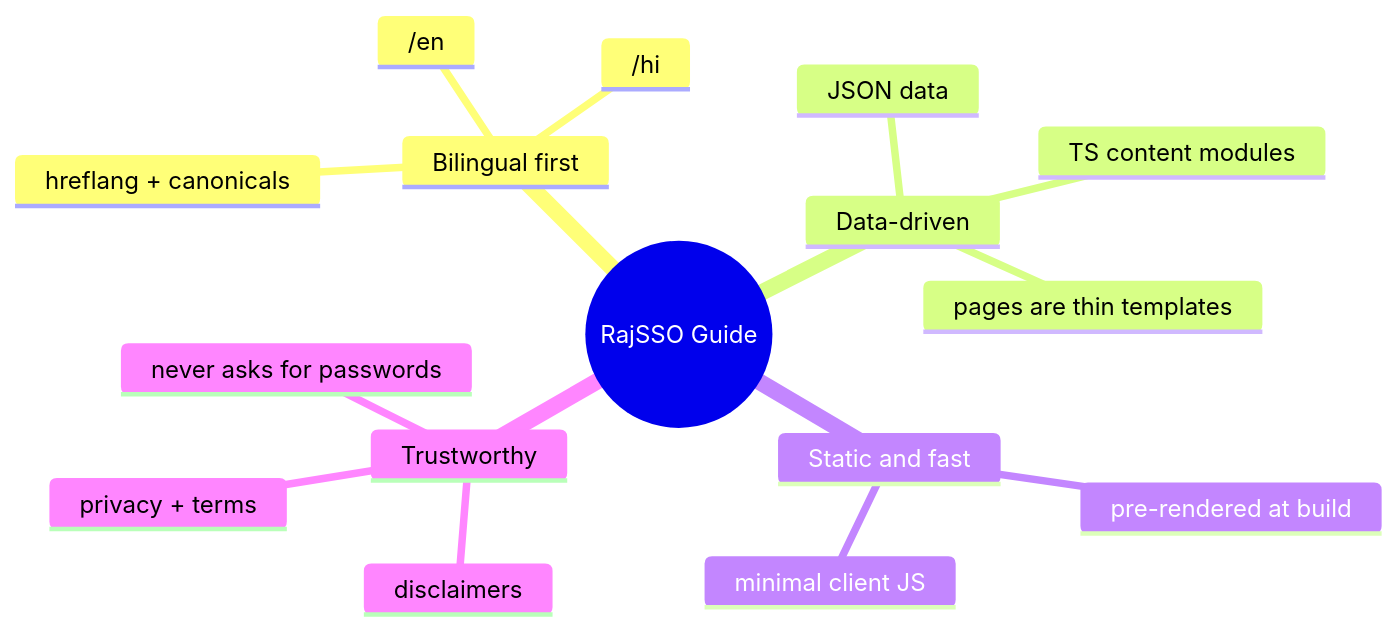
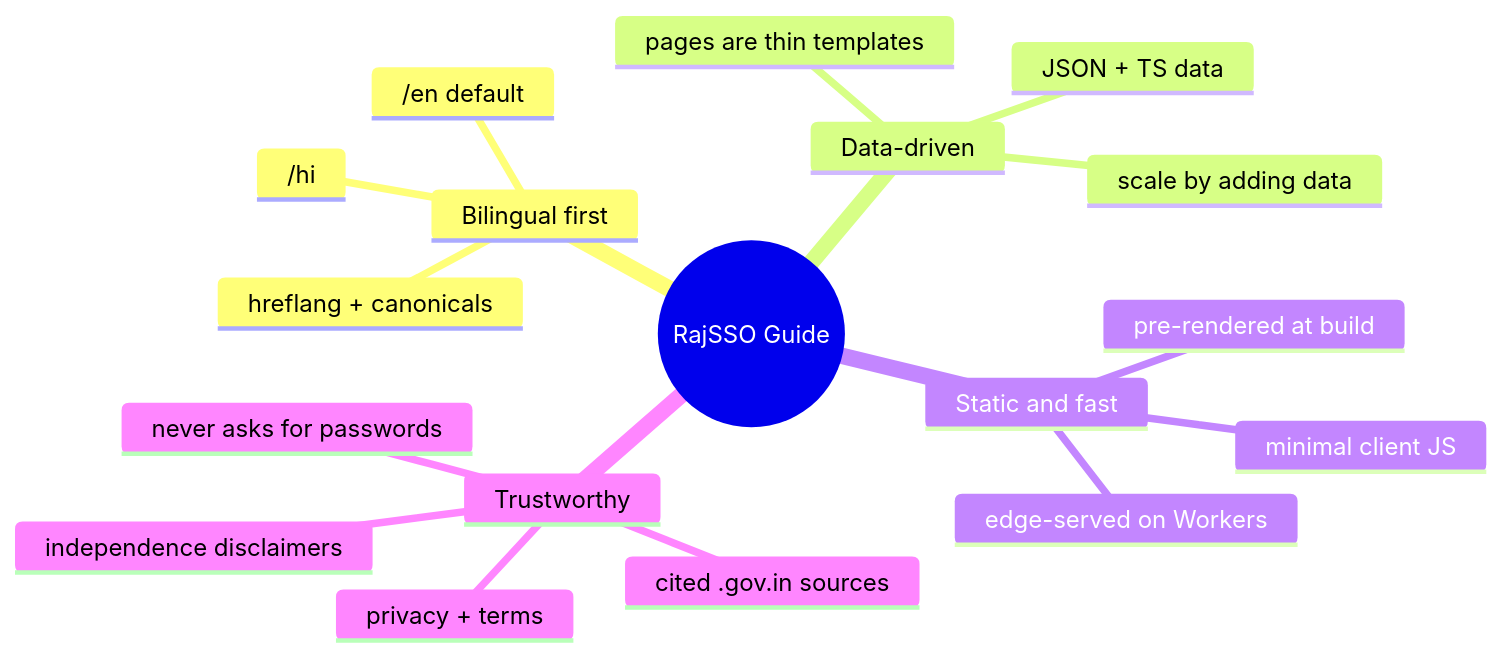
Before and after one commit to devxkamlesh/rajssoguide: the diagram in docs/01 - Overview.md, drawn with Mermaid. The commit also changed other lines of this file and 67 other files, not shown here.

````diff
--- a/docs/01 - Overview.md
+++ b/docs/01 - Overview.md
@@ -25,19 +31,21 @@
 ```mermaid
 mindmap
   root((RajSSO Guide))
     Bilingual first
-      /en
+      /en default
       /hi
       hreflang + canonicals
     Data-driven
-      JSON data
-      TS content modules
+      JSON + TS data
       pages are thin templates
+      scale by adding data
     Static and fast
       pre-rendered at build
+      edge-served on Workers
       minimal client JS
     Trustworthy
-      disclaimers
+      independence disclaimers
       privacy + terms
       never asks for passwords
+      cited .gov.in sources
 ```
````
